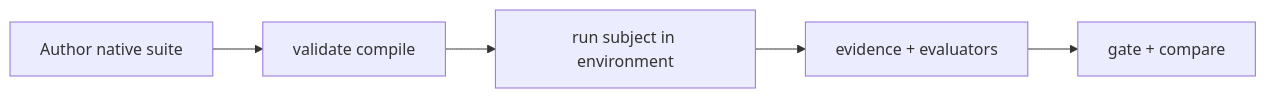
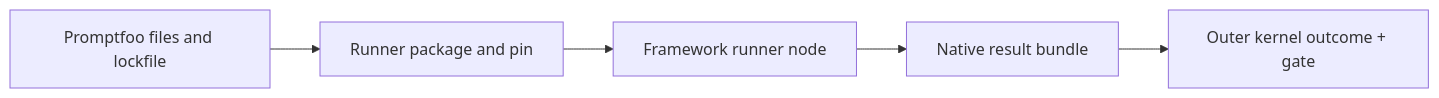
The second of 3 diagrams in en/evaluation/concepts/native-model-and-adapters.md (softprobe/document-website), drawn with Mermaid before and after one commit. The commit also changed other lines of this file and 3 other files, not shown here.

Commit message:
docs(evaluation): align to runner-first framework interoperability

````diff
--- a/en/evaluation/concepts/native-model-and-adapters.md
+++ b/en/evaluation/concepts/native-model-and-adapters.md
@@ -92,9 +36,9 @@
 ```mermaid
 flowchart LR
-  A[Author native suite]
-  V[validate compile]
-  R[run subject in environment]
-  E[evidence + evaluators]
-  G[gate + compare]
-  A --> V --> R --> E --> G
+  Def[Promptfoo files and lockfile]
+  Pack[Runner package and pin]
+  Run[Framework runner node]
+  Native[Native result bundle]
+  Outer[Outer kernel outcome + gate]
+  Def --> Pack --> Run --> Native --> Outer
 ```
````
